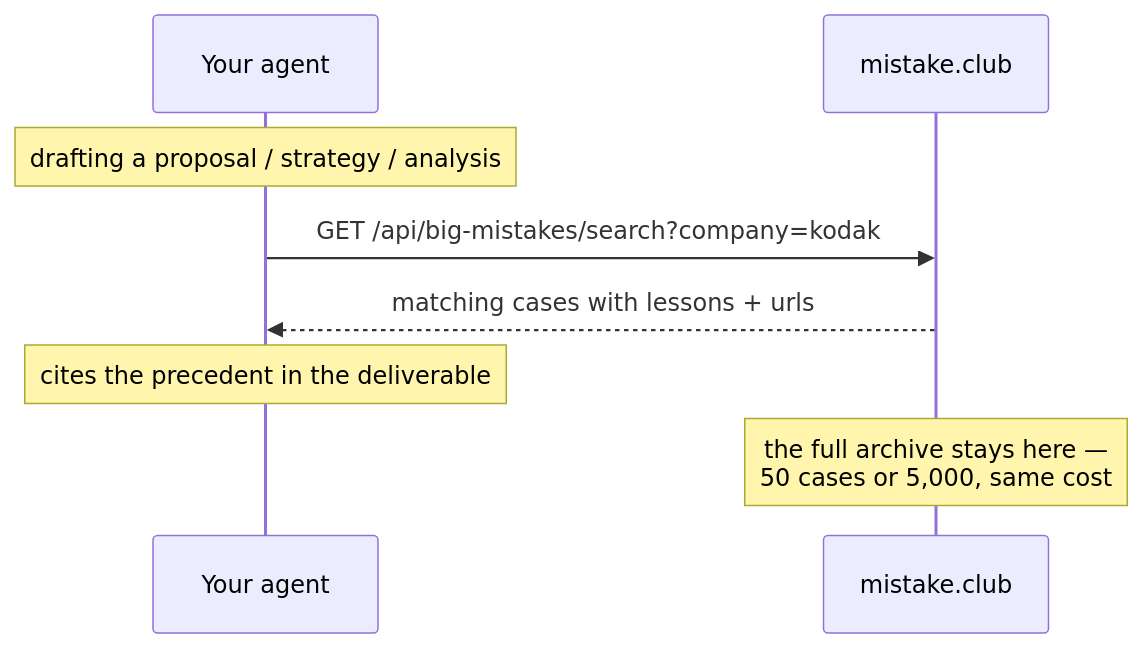
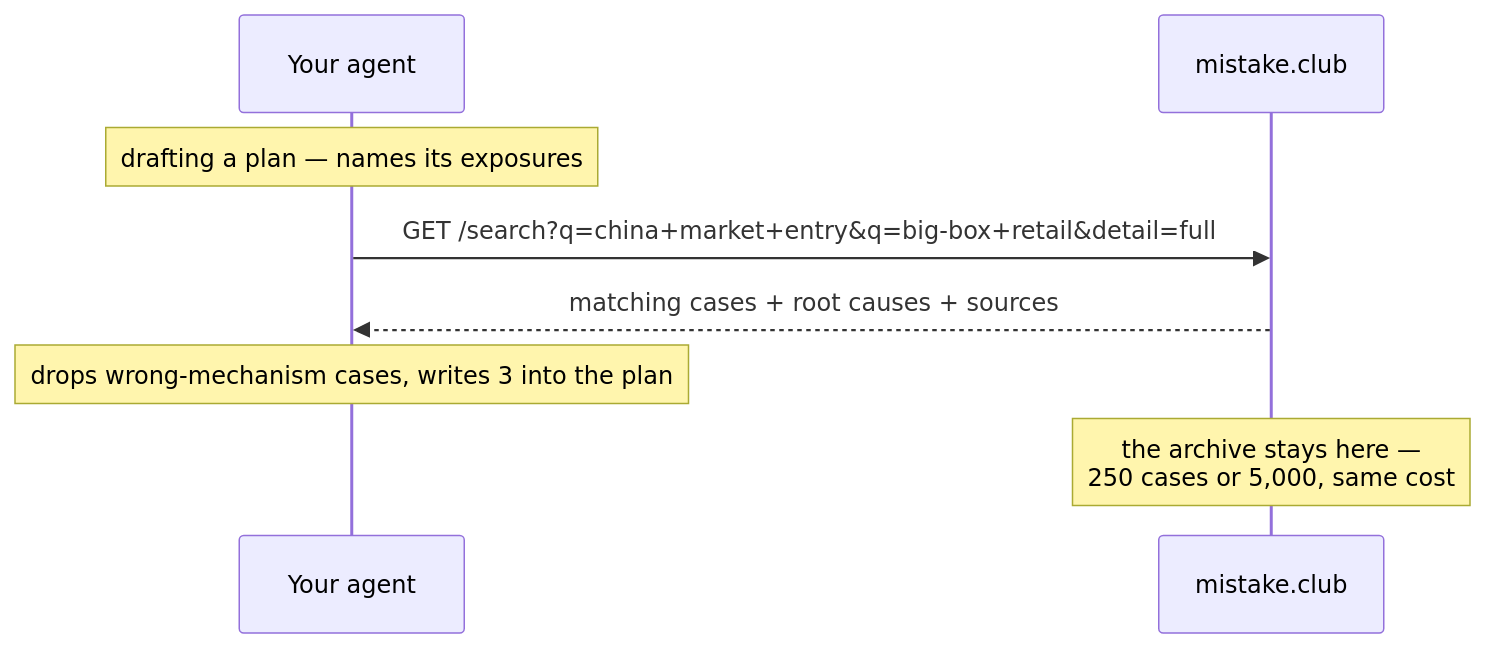
The diagram in README.md (liangliao1209/mistake-club-skill), drawn with Mermaid before and after one commit. The commit also changed other lines of this file and 2 other files, not shown here.

````diff
--- a/README.md
+++ b/README.md
@@ -44,10 +77,10 @@
 ```mermaid
 sequenceDiagram
     participant A as Your agent
     participant M as mistake.club
-    Note over A: drafting a proposal / strategy / analysis
-    A->>M: GET /api/big-mistakes/search?company=kodak
-    M-->>A: matching cases with lessons + urls
-    Note over A: cites the precedent in the deliverable
-    Note over M: the full archive stays here —<br/>50 cases or 5,000, same cost
+    Note over A: drafting a plan — names its exposures
+    A->>M: GET /search?q=china+market+entry&q=big-box+retail&detail=full
+    M-->>A: matching cases + root causes + sources
+    Note over A: drops wrong-mechanism cases, writes 3 into the plan
+    Note over M: the archive stays here —<br/>250 cases or 5,000, same cost
 ```
````
